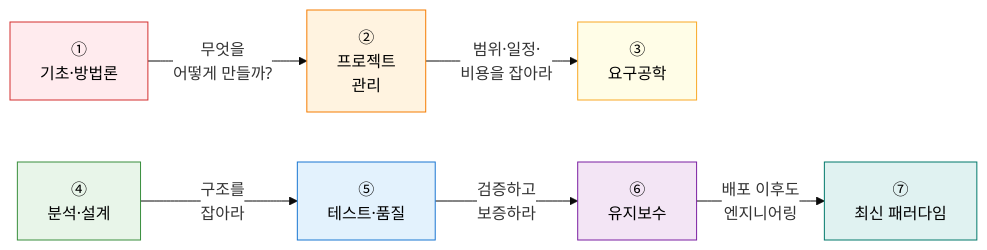
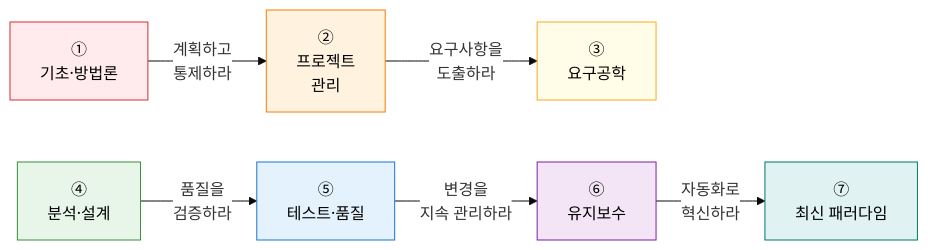
One commit to jeonck/itpe-KM changed the diagram in content/docs/01-software-engineering/_index.md. Above: the diagram before and after it, drawn with Mermaid.

Commit message:
style: 소프트웨어공학 로드맵 화살표 레이블 인과 관계로 수정
- ①→② '무엇을 어떻게 만들까?' → '계획하고 통제하라' (PM이 답하는 것)
- ②→③ '범위·일정·비용을 잡아라' → '요구사항을 도출하라' (RE가 답하는 것)
- ④→⑤ '구조를 잡아라' → '품질을 검증하라' (테스트가 답하는 것)
- ⑤→⑥ '검증하고 보증하라' → '변경을 지속 관리하라' (유지보수가 답하는 것)
- ⑥→⑦ '배포 이후도 엔지니어링' → '자동화로 혁신하라' (최신 패러다임이 답하는 것)

````diff
--- a/content/docs/01-software-engineering/_index.md
+++ b/content/docs/01-software-engineering/_index.md
@@ -11,17 +11,17 @@
 ```mermaid
 %%{init: { 'theme': 'base', 'themeVariables': { 'edgeLabelBackground': '#fff' }}}%%
 flowchart LR
-    A["①<br/>기초·방법론"] --"무엇을<br/>어떻게 만들까?"--> B["②<br/>프로젝트<br/>관리"]
-    B --"범위·일정·<br/>비용을 잡아라"--> C["③<br/>요구공학"]
-    D["④<br/>분석·설계"] --"구조를<br/>잡아라"--> E["⑤<br/>테스트·품질"]
-    E --"검증하고<br/>보증하라"--> F["⑥<br/>유지보수"]
-    F --"배포 이후도<br/>엔지니어링"--> G["⑦<br/>최신 패러다임"]
+    A["①<br/>기초·방법론"] --"계획하고<br/>통제하라"--> B["②<br/>프로젝트<br/>관리"]
+    B --"요구사항을<br/>도출하라"--> C["③<br/>요구공학"]
+    D["④<br/>분석·설계"] --"품질을<br/>검증하라"--> E["⑤<br/>테스트·품질"]
+    E --"변경을<br/>지속 관리하라"--> F["⑥<br/>유지보수"]
+    F --"자동화로<br/>혁신하라"--> G["⑦<br/>최신 패러다임"]
 
     style A fill:#FFEBEE,stroke:#D32F2F,color:#000
     style B fill:#FFF3E0,stroke:#F57C00,color:#000
     style C fill:#FFFDE7,stroke:#F9A825,color:#000
     style D fill:#E8F5E9,stroke:#388E3C,color:#000
     style E fill:#E3F2FD,stroke:#1976D2,color:#000
     style F fill:#F3E5F5,stroke:#7B1FA2,color:#000
     style G fill:#E0F2F1,stroke:#00796B,color:#000
 ```
````
